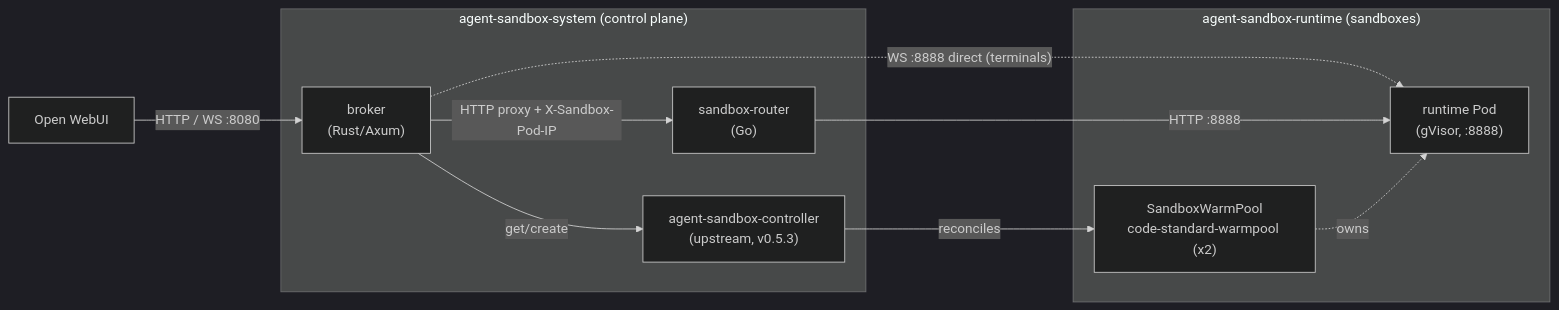
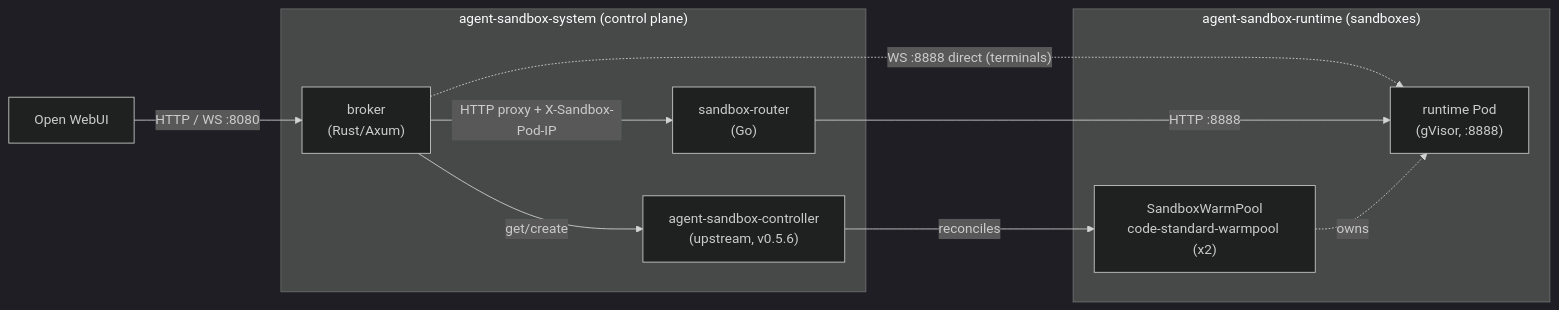
One commit to volkermauel/open-websandbox changed the diagram in README.md. Above: the diagram before and after it, drawn with Mermaid (dark theme). The commit also changed 29 other files, not shown here.

First line of the commit message:
Upgrade vendored agent-sandbox v0.5.3 -> v0.5.6 (#153)

````diff
--- a/README.md
+++ b/README.md
@@ -36,20 +36,20 @@
 ```mermaid
 flowchart LR
     WebUI["Open WebUI"]
     subgraph cp["agent-sandbox-system (control plane)"]
         Broker["broker<br/>(Rust/Axum)"]
         Router["sandbox-router<br/>(Go)"]
-        Ctrl["agent-sandbox-controller<br/>(upstream, v0.5.3)"]
+        Ctrl["agent-sandbox-controller<br/>(upstream, v0.5.6)"]
     end
     subgraph rt["agent-sandbox-runtime (sandboxes)"]
         WarmPool["SandboxWarmPool<br/>code-standard-warmpool (x2)"]
         Pod["runtime Pod<br/>(gVisor, :8888)"]
     end
     WebUI -->|"HTTP / WS :8080"| Broker
     Broker -->|"HTTP proxy + X-Sandbox-Pod-IP"| Router
     Broker -.->|"WS :8888 direct (terminals)"| Pod
     Router -->|"HTTP :8888"| Pod
     Broker -->|get/create| Ctrl
     Ctrl -->|reconciles| WarmPool
     WarmPool -.->|owns| Pod
 ```
````
